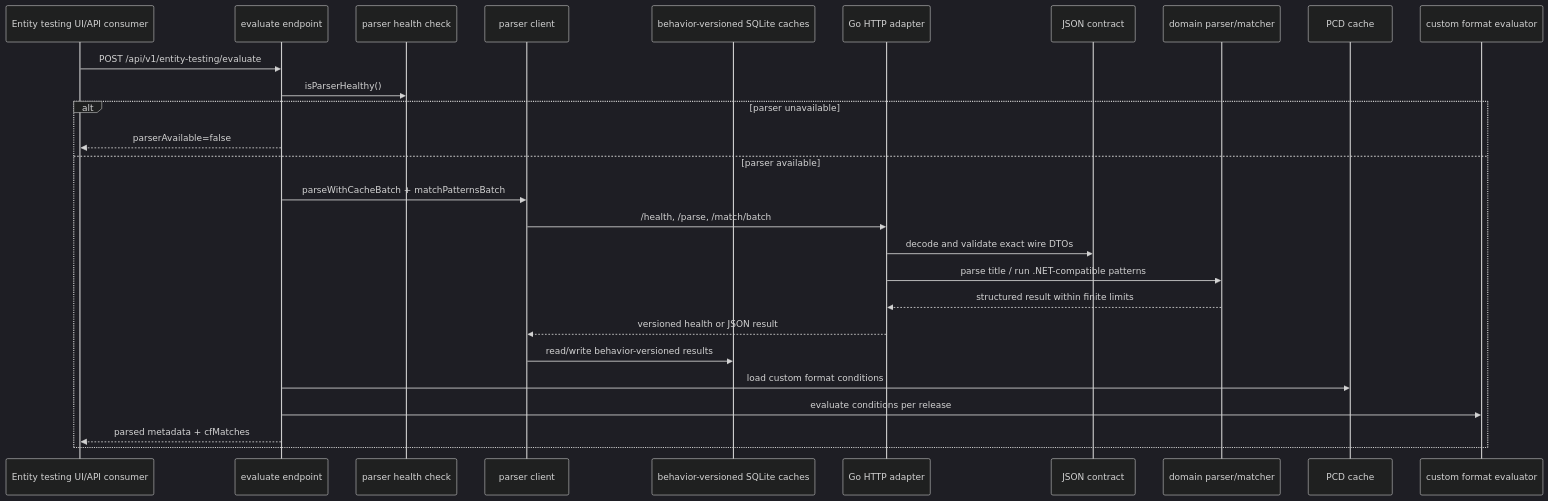
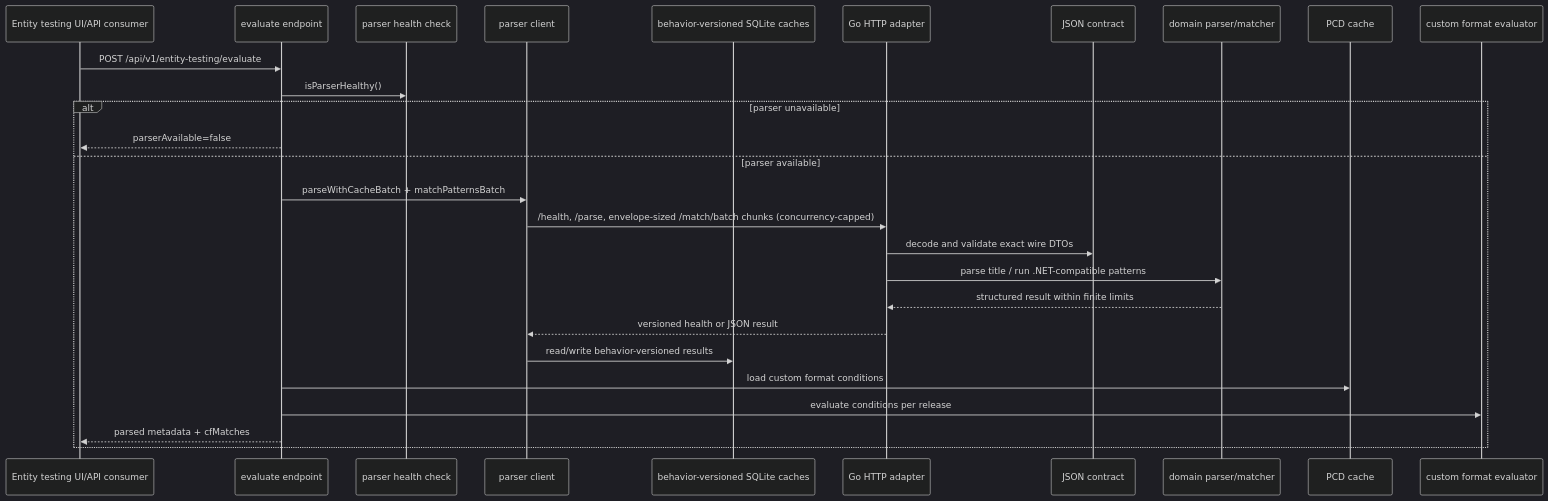
Before and after one commit to yandy-r/praxrr: the fourth of 4 diagrams in docs/architecture/data-flow.md, drawn with Mermaid (dark theme). The commit also changed 10 other files, not shown here.

First line of the commit message:
fix(parser): keep batch parse and match requests within parser limits (#341)

````diff
--- a/docs/architecture/data-flow.md
+++ b/docs/architecture/data-flow.md
@@ -99,30 +99,30 @@
 ```mermaid
 sequenceDiagram
     participant UI as Entity testing UI/API consumer
     participant Eval as evaluate endpoint
     participant ParserHealth as parser health check
     participant Client as parser client
     participant ParserCache as behavior-versioned SQLite caches
     participant HTTP as Go HTTP adapter
     participant Contract as JSON contract
     participant Parser as domain parser/matcher
     participant PCDCache as PCD cache
     participant CF as custom format evaluator
 
     UI->>Eval: POST /api/v1/entity-testing/evaluate
     Eval->>ParserHealth: isParserHealthy()
     alt parser unavailable
         Eval-->>UI: parserAvailable=false
     else parser available
   Eval->>Client: parseWithCacheBatch + matchPatternsBatch
-  Client->>HTTP: /health, /parse, /match/batch
+  Client->>HTTP: /health, /parse, envelope-sized /match/batch chunks (concurrency-capped)
   HTTP->>Contract: decode and validate exact wire DTOs
   HTTP->>Parser: parse title / run .NET-compatible patterns
   Parser-->>HTTP: structured result within finite limits
   HTTP-->>Client: versioned health or JSON result
   Client->>ParserCache: read/write behavior-versioned results
   Eval->>PCDCache: load custom format conditions
         Eval->>CF: evaluate conditions per release
         Eval-->>UI: parsed metadata + cfMatches
     end
 ```
````
